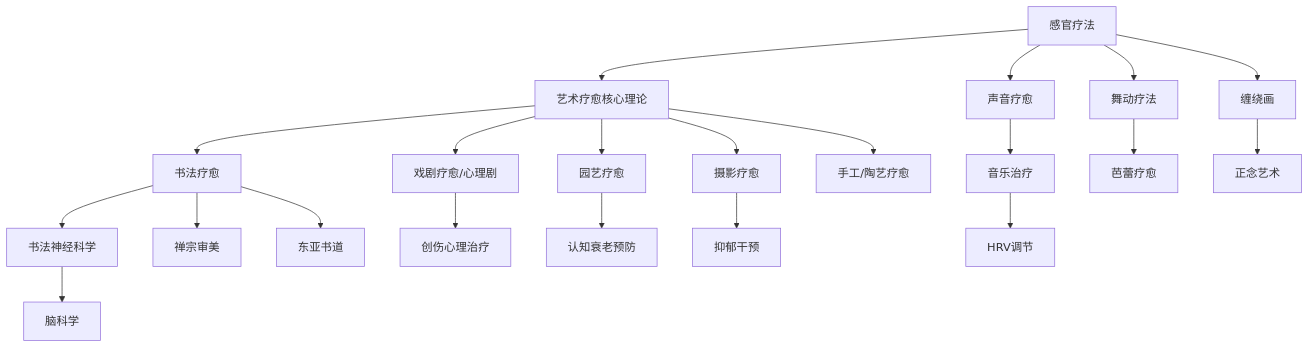
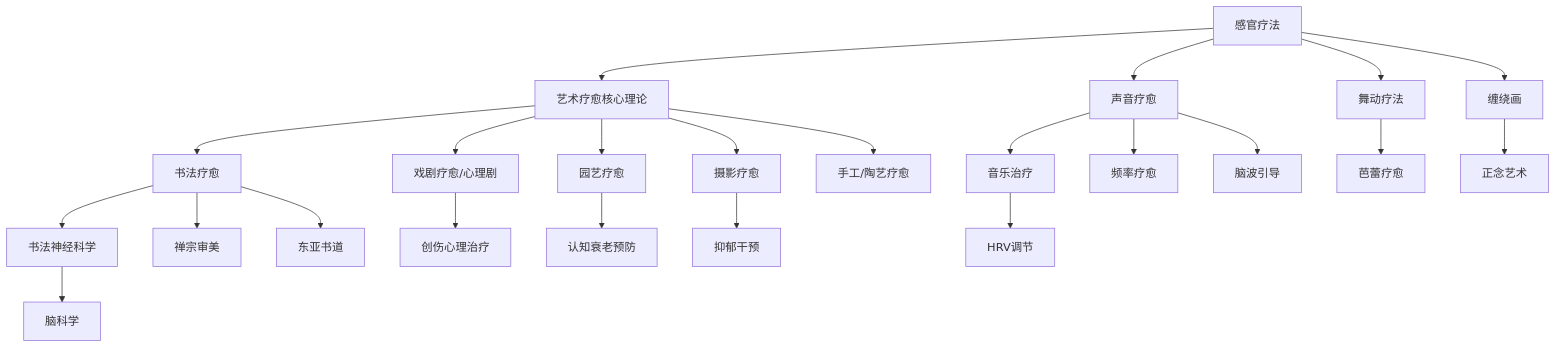
One commit to peace-lab-global/peace-lab-database changed the diagram in _meta/topic-maps/Arts_Therapy_Ecosystem.md. Above: the diagram before and after it, drawn with Mermaid. The commit also changed other lines of this file and 26 other files, not shown here.

````diff
--- a/_meta/topic-maps/Arts_Therapy_Ecosystem.md
+++ b/_meta/topic-maps/Arts_Therapy_Ecosystem.md
@@ -9,23 +9,25 @@
 ```mermaid
 graph TB
     A[艺术疗愈核心理论] --> B[书法疗愈]
     A --> C[摄影疗愈]
     A --> D[戏剧疗愈/心理剧]
     A --> E[园艺疗愈]
     A --> F[手工/陶艺疗愈]
     G[感官疗法] --> A
     G --> H[声音疗愈]
     G --> I[舞动疗法]
     G --> J[缠绕画]
     H --> K[音乐治疗]
+    H --> H1[频率疗愈]
+    H --> H2[脑波引导]
     I --> L[芭蕾疗愈]
     B --> M[书法神经科学]
     B --> N[禅宗审美]
     B --> O[东亚书道]
     D --> P[创伤心理治疗]
     E --> Q[认知衰老预防]
     C --> R[抑郁干预]
     J --> S[正念艺术]
     K --> T[HRV调节]
     M --> U[脑科学]
 ```
````
